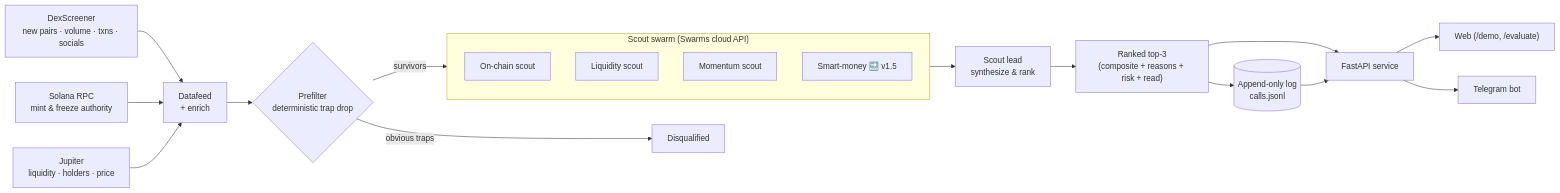
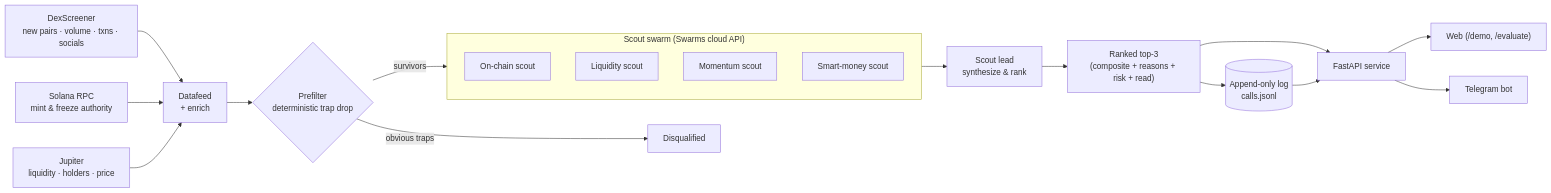
Before and after one commit to Enoch208/docs: the diagram in how-it-works.mdx, drawn with Mermaid. The commit also changed 1 other file, not shown here.

Commit message:
docs: scrub last v1.5 references (how-it-works mermaid, the-scouts heading)

````diff
--- a/how-it-works.mdx
+++ b/how-it-works.mdx
@@ -10,23 +10,23 @@
 ```mermaid
 flowchart LR
     DS["DexScreener<br/>new pairs · volume · txns · socials"] --> EN["Datafeed<br/>+ enrich"]
     RPC["Solana RPC<br/>mint &amp; freeze authority"] --> EN
     JUP["Jupiter<br/>liquidity · holders · price"] --> EN
     EN --> PF{"Prefilter<br/>deterministic trap drop"}
     PF -->|"survivors"| S["Scout swarm"]
     PF -->|"obvious traps"| X["Disqualified"]
     subgraph S["Scout swarm (Swarms cloud API)"]
         direction TB
         A1["On-chain scout"]
         A2["Liquidity scout"]
         A3["Momentum scout"]
-        A4["Smart-money 🔜 v1.5"]
+        A4["Smart-money scout"]
     end
     S --> L["Scout lead<br/>synthesize &amp; rank"]
     L --> R["Ranked top-3<br/>(composite + reasons + risk + read)"]
     R --> TR[("Append-only log<br/>calls.jsonl")]
     R --> API["FastAPI service"]
     TR --> API
     API --> WEB["Web (/demo, /evaluate)"]
     API --> BOT["Telegram bot"]
 ```
````
